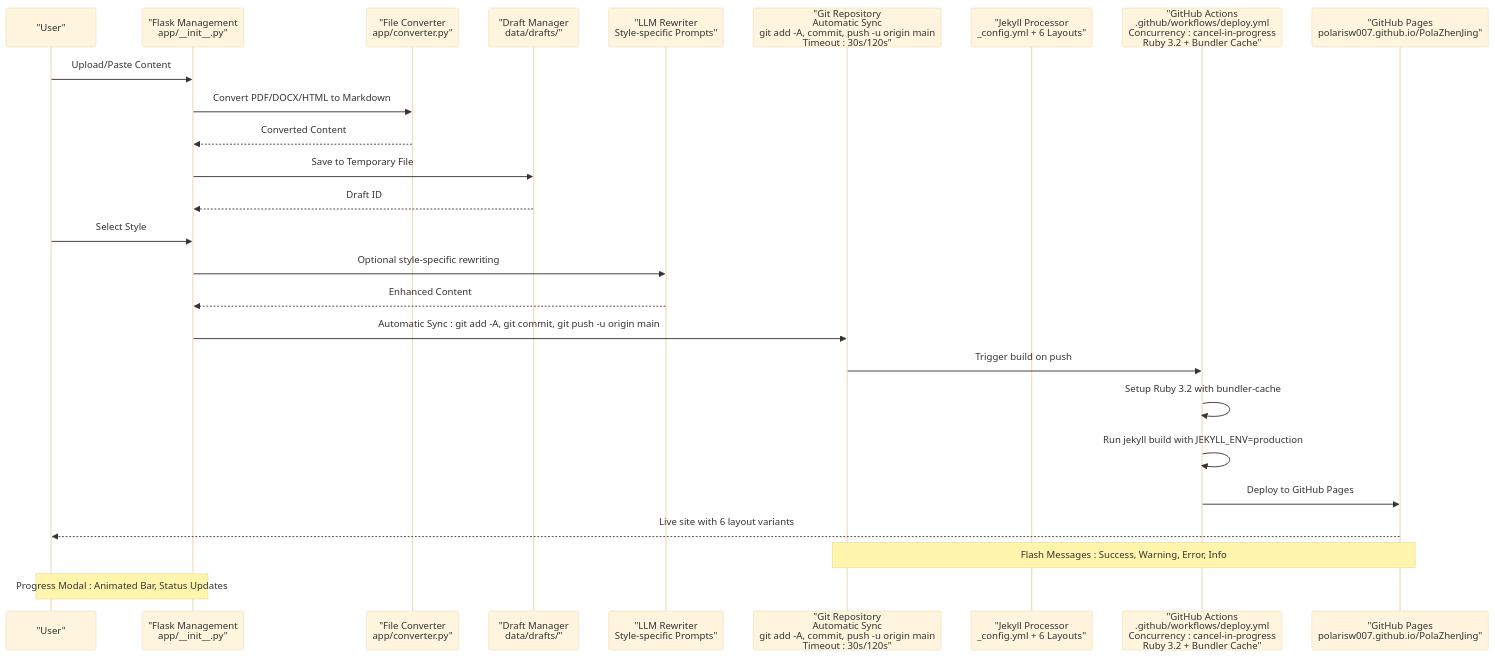
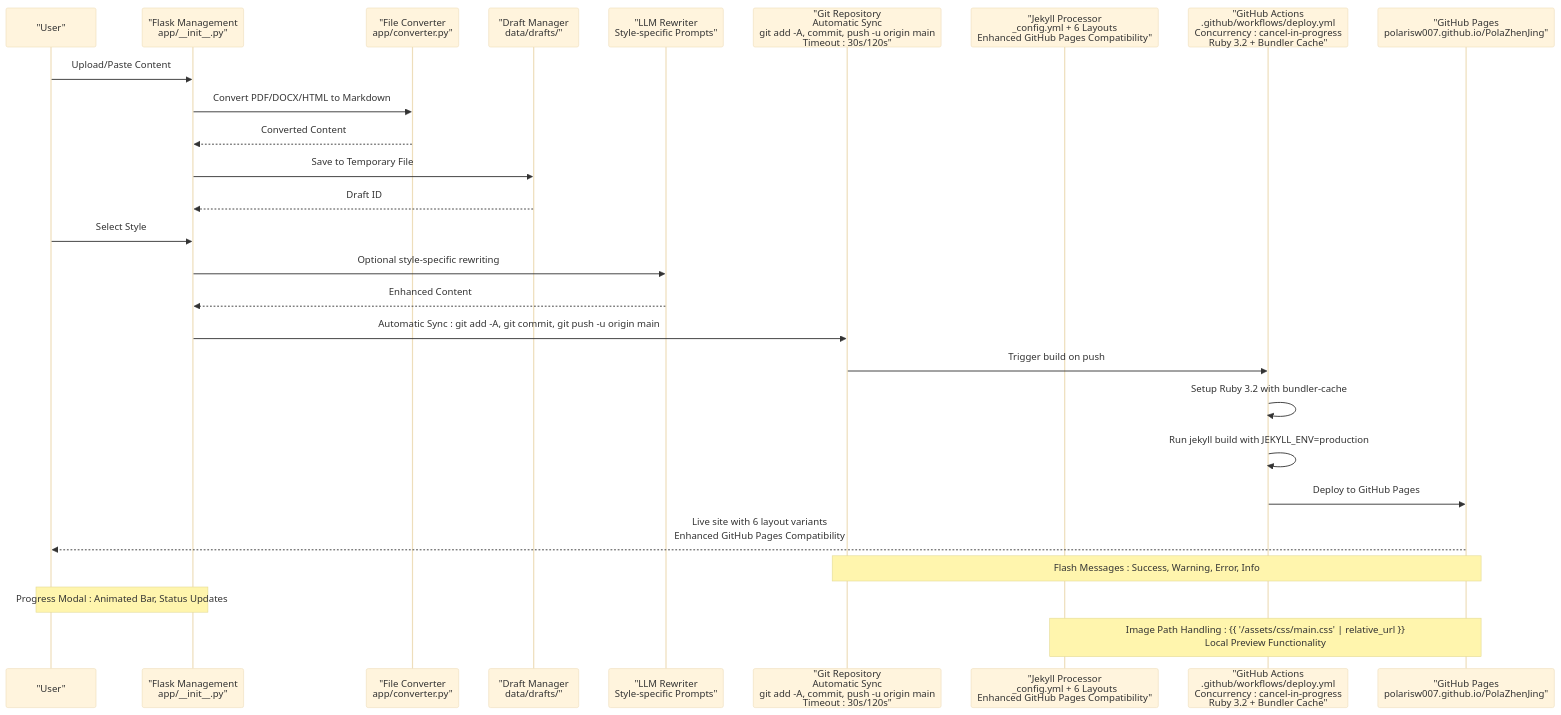
Before and after one commit to PolarisW007/PolaZhenJing: the second of 4 diagrams in .qoder/repowiki/en/content/Backend Application/Publishing Pipeline.md, drawn with Mermaid (base theme). The commit also changed other lines of this file and 7 other files, not shown here.

````diff
--- a/.qoder/repowiki/en/content/Backend Application/Publishing Pipeline.md
+++ b/.qoder/repowiki/en/content/Backend Application/Publishing Pipeline.md
@@ -221,28 +254,29 @@
 ```mermaid
 sequenceDiagram
 participant User as "User"
 participant Flask as "Flask Management<br/>app/__init__.py"
 participant Converter as "File Converter<br/>app/converter.py"
 participant Draft as "Draft Manager<br/>data/drafts/"
 participant LLM as "LLM Rewriter<br/>Style-specific Prompts"
 participant Git as "Git Repository<br/>Automatic Sync<br/>git add -A, commit, push -u origin main<br/>Timeout : 30s/120s"
-participant Jekyll as "Jekyll Processor<br/>_config.yml + 6 Layouts"
+participant Jekyll as "Jekyll Processor<br/>_config.yml + 6 Layouts<br/>Enhanced GitHub Pages Compatibility"
 participant GH as "GitHub Actions<br/>.github/workflows/deploy.yml<br/>Concurrency : cancel-in-progress<br/>Ruby 3.2 + Bundler Cache"
 participant Pages as "GitHub Pages<br/>polarisw007.github.io/PolaZhenJing"
 User->>Flask : Upload/Paste Content
 Flask->>Converter : Convert PDF/DOCX/HTML to Markdown
 Converter-->>Flask : Converted Content
 Flask->>Draft : Save to Temporary File
 Draft-->>Flask : Draft ID
 User->>Flask : Select Style
 Flask->>LLM : Optional style-specific rewriting
 LLM-->>Flask : Enhanced Content
 Flask->>Git : Automatic Sync : git add -A, git commit, git push -u origin main
 Git->>GH : Trigger build on push
 GH->>GH : Setup Ruby 3.2 with bundler-cache
 GH->>GH : Run jekyll build with JEKYLL_ENV=production
 GH->>Pages : Deploy to GitHub Pages
-Pages-->>User : Live site with 6 layout variants
+Pages-->>User : Live site with 6 layout variants<br/>Enhanced GitHub Pages Compatibility
 Note over Git,Pages : Flash Messages : Success, Warning, Error, Info
 Note over User,Flask : Progress Modal : Animated Bar, Status Updates
+Note over Jekyll,Pages : Image Path Handling : {{ '/assets/css/main.css' | relative_url }}<br/>Local Preview Functionality
 ```
````
